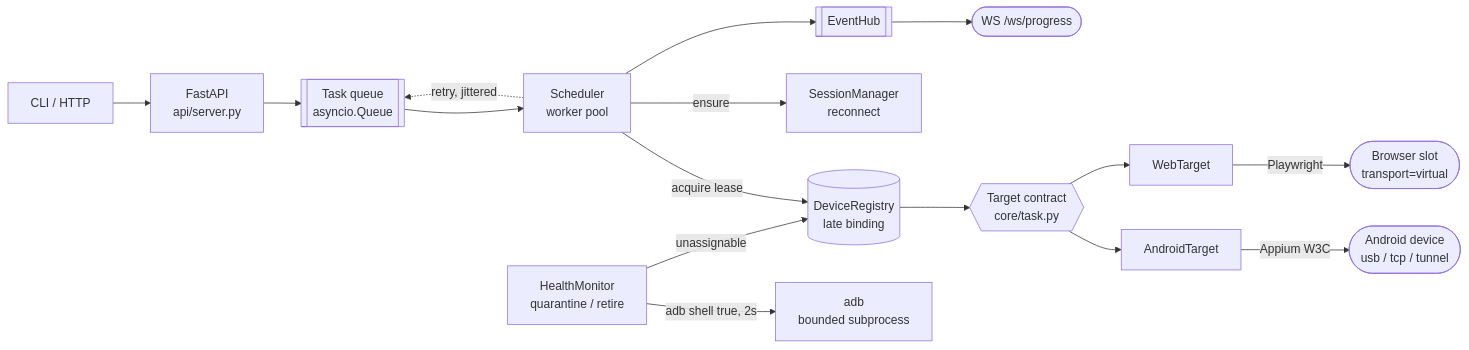
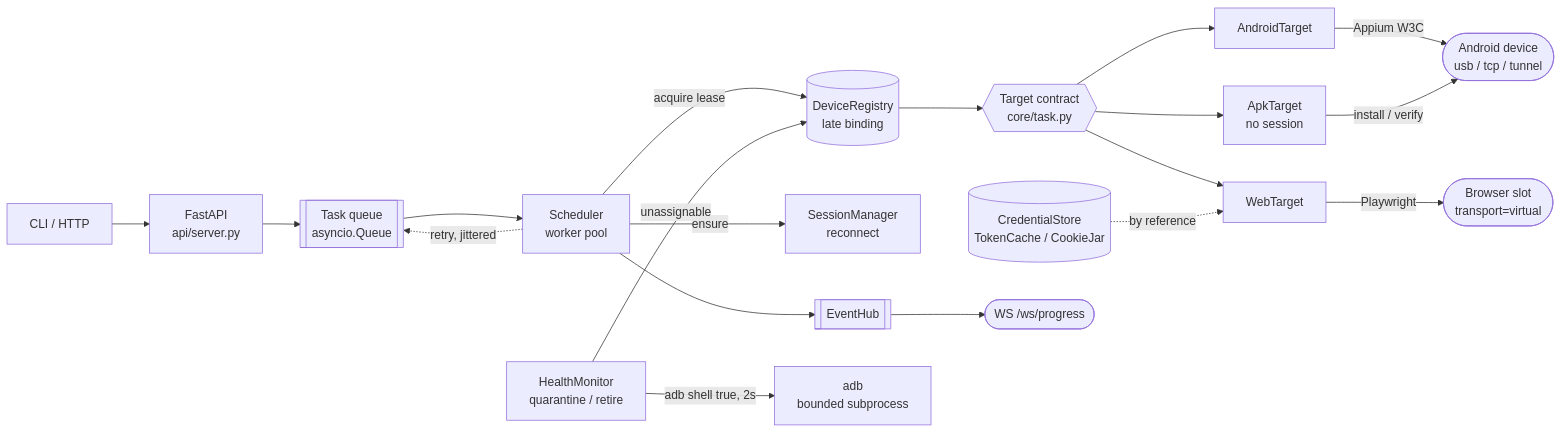
Before and after one commit to WanChoon/device-orchestrator: the diagram in README.md, drawn with Mermaid. The commit also changed other lines of this file, not shown here.

First line of the commit message:
docs: explain the rollout and credential designs

````diff
--- a/README.md
+++ b/README.md
@@ -21,17 +24,20 @@
 ```mermaid
 flowchart LR
     client["CLI / HTTP"] --> api["FastAPI<br/>api/server.py"]
     api --> queue[["Task queue<br/>asyncio.Queue"]]
     queue --> sched["Scheduler<br/>worker pool"]
     sched -->|acquire lease| reg[("DeviceRegistry<br/>late binding")]
     sched -->|ensure| sess["SessionManager<br/>reconnect"]
     reg --> contract{{"Target contract<br/>core/task.py"}}
     contract --> android["AndroidTarget"]
     contract --> web["WebTarget"]
+    contract --> apk["ApkTarget<br/>no session"]
     android -->|Appium W3C| phone(["Android device<br/>usb / tcp / tunnel"])
     web -->|Playwright| slot(["Browser slot<br/>transport=virtual"])
+    apk -->|install / verify| phone
+    creds[("CredentialStore<br/>TokenCache / CookieJar")] -.->|by reference| web
     sched -.->|retry, jittered| queue
     sched --> hub[["EventHub"]] --> ws(["WS /ws/progress"])
     health["HealthMonitor<br/>quarantine / retire"] -->|adb shell true, 2s| adb["adb<br/>bounded subprocess"]
     health -->|unassignable| reg
 ```
````
